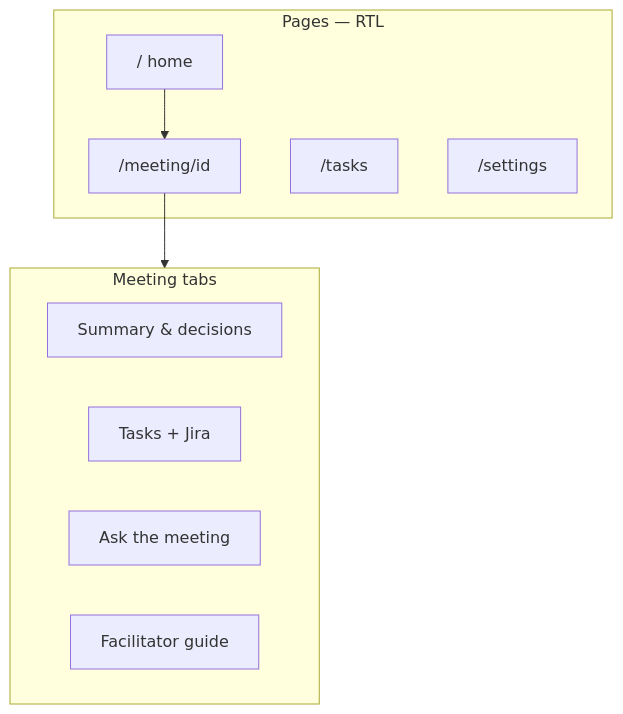
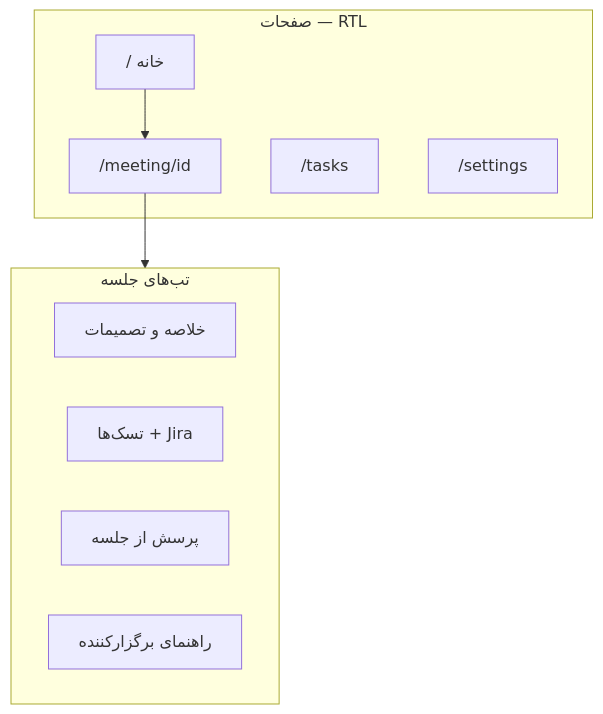
One commit to Rvin-zh/meeting-assistant changed the diagram in docs/diagrams/02-implementation-1.mmd. Above: the diagram before and after it, drawn with Mermaid. The commit also changed 35 other files, not shown here.

```diff
--- a/docs/diagrams/02-implementation-1.mmd
+++ b/docs/diagrams/02-implementation-1.mmd
@@ -1,15 +1,15 @@
 flowchart TB
-    subgraph pages ["Pages — RTL"]
-        home["/ home"]
+    subgraph pages ["صفحات — RTL"]
+        home["/ خانه"]
         meeting["/meeting/id"]
         tasks["/tasks"]
         settings["/settings"]
     end
-    subgraph tabs ["Meeting tabs"]
-        tab1["Summary &amp; decisions"]
-        tab2["Tasks + Jira"]
-        tab3["Ask the meeting"]
-        tab4["Facilitator guide"]
+    subgraph tabs ["تب‌های جلسه"]
+        tab1["خلاصه و تصمیمات"]
+        tab2["تسک‌ها + Jira"]
+        tab3["پرسش از جلسه"]
+        tab4["راهنمای برگزارکننده"]
     end
     home --> meeting
     meeting --> tabs
```
